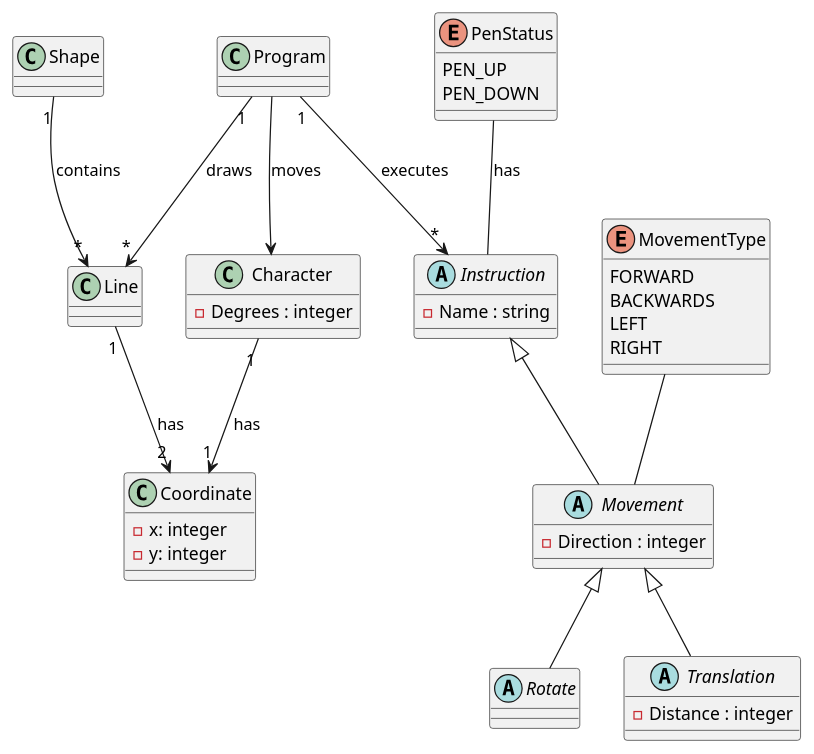
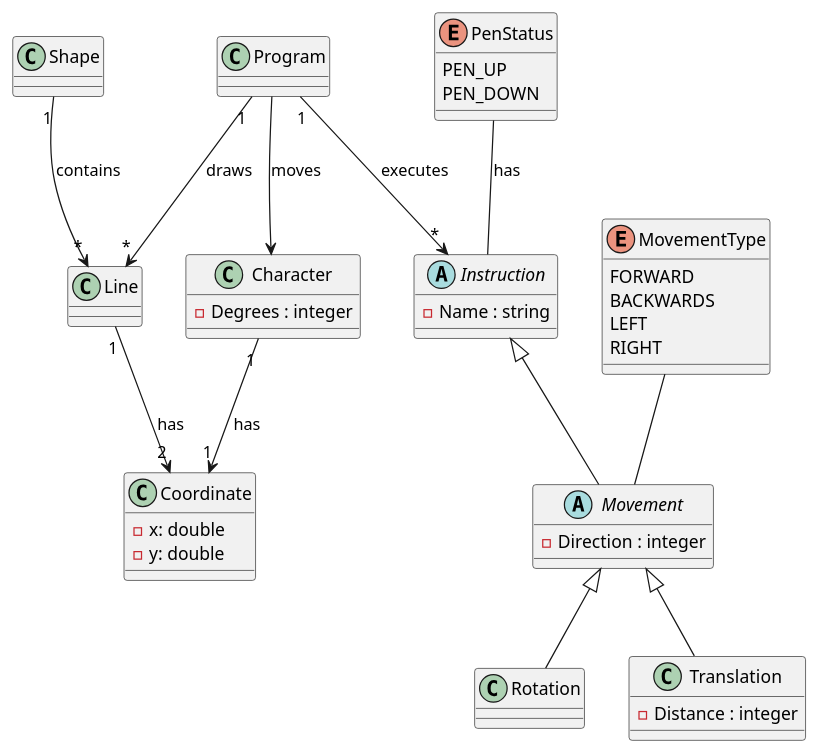
The diagram in UML/Domain Diagram.puml (eab98/Scratch), drawn with PlantUML before and after one commit.

Commit message:
fix(uml): correction du type des donnees dans le diagramme UML

```diff
--- a/UML/Domain Diagram.puml
+++ b/UML/Domain Diagram.puml
@@ -1,61 +1,61 @@
 @startuml
 
 class Program {}
 
 class Character {
         - Degrees : integer
 
     }
 class Coordinate {
-    - x: integer
-    - y: integer
+    - x: double
+    - y: double
 }
 
 abstract class Instruction {
     - Name : string
 }
 enum PenStatus {
     PEN_UP
     PEN_DOWN
 }
 
 
 abstract class Movement extends Instruction {
      - Direction : integer
      }
 
 
-abstract class Rotate extends Movement
-abstract class Translation extends Movement {
+class Rotation extends Movement
+class Translation extends Movement {
     - Distance : integer
     }
 
 class Line {
 }
 
 class Shape {
 
 }
 
 
 enum MovementType {
     FORWARD
     BACKWARDS
     LEFT
     RIGHT
 }
 
 
 
 ' --- RELATIONS --- '
 
 MovementType -- Movement
 Character "1" --> "1" Coordinate : has
 Program --> Character :  moves
 Program "1" --> "*" Instruction : executes
 Shape "1" --> "*" Line : contains
 Program "1" --> "*" Line : draws
 Line "1" --> "2" Coordinate : has
 PenStatus -- Instruction : has
 
 @end
```
